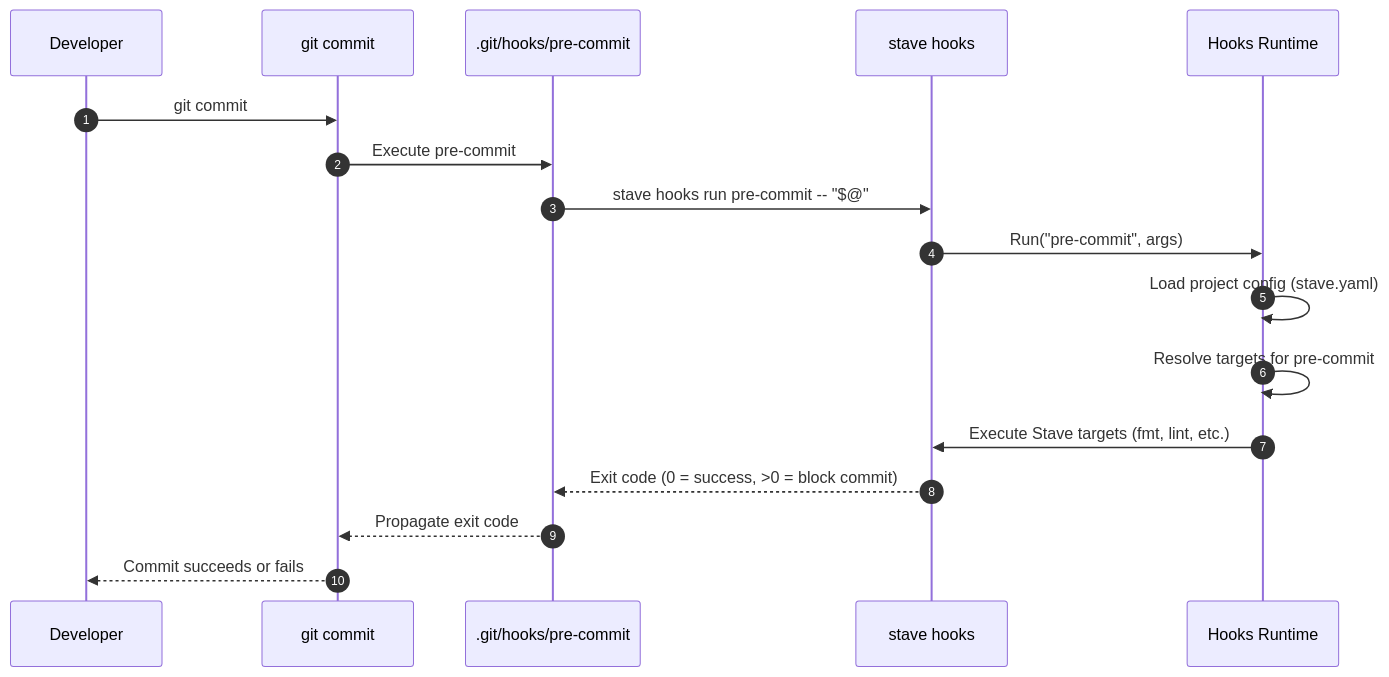
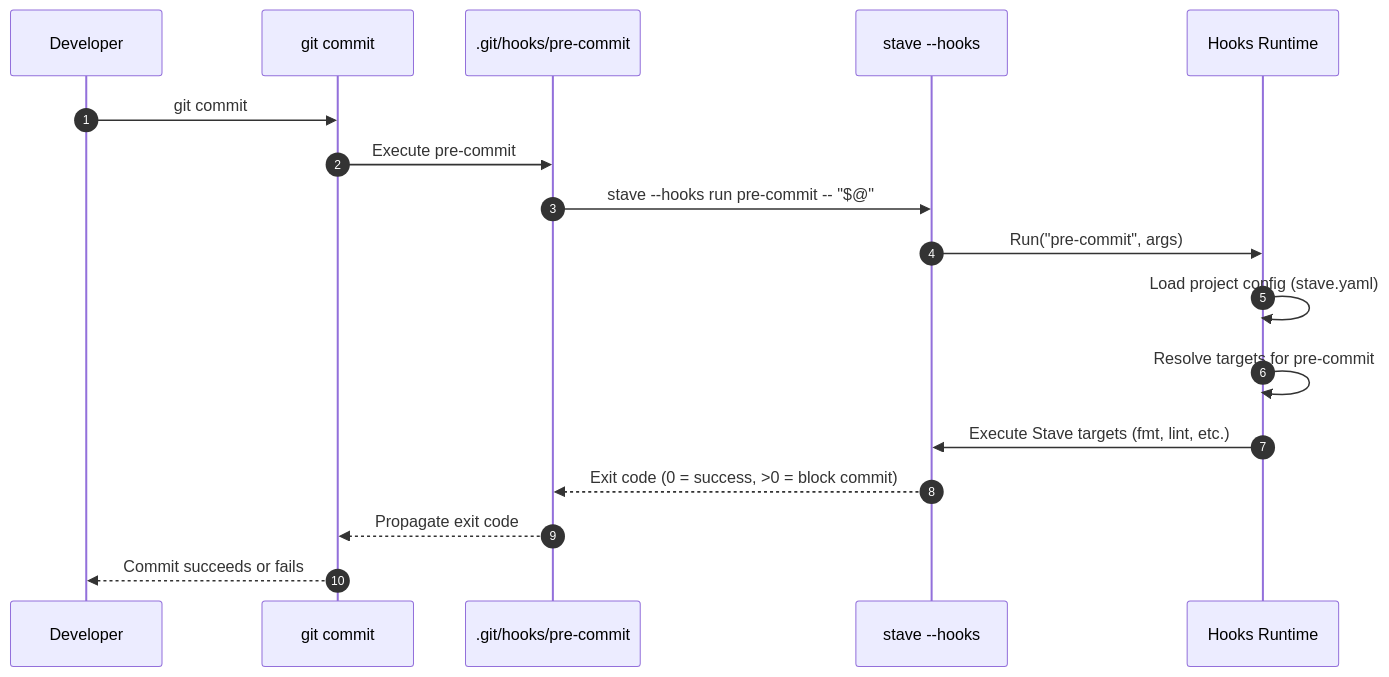
The second of 2 diagrams in rfcs/rfc-20251204-002-git-hooks.md (yaklabco/stave), drawn with Mermaid before and after one commit. The commit also changed other lines of this file and 16 other files, not shown here.

First line of the commit message:
refactor(cli): convert hooks and config commands to flag-based modes

````diff
--- a/rfcs/rfc-20251204-002-git-hooks.md
+++ b/rfcs/rfc-20251204-002-git-hooks.md
@@ -133,20 +133,20 @@
 ```mermaid
 sequenceDiagram
     autonumber
     participant Dev as Developer
     participant Git as git commit
     participant Hook as .git/hooks/pre-commit
-    participant CLI as stave hooks
+    participant CLI as stave --hooks
     participant HR as Hooks Runtime
 
     Dev->>Git: git commit
     Git->>Hook: Execute pre-commit
-    Hook->>CLI: stave hooks run pre-commit -- "$@"
+    Hook->>CLI: stave --hooks run pre-commit -- "$@"
     CLI->>HR: Run("pre-commit", args)
     HR->>HR: Load project config (stave.yaml)
     HR->>HR: Resolve targets for pre-commit
     HR->>CLI: Execute Stave targets (fmt, lint, etc.)
     CLI-->>Hook: Exit code (0 = success, >0 = block commit)
     Hook-->>Git: Propagate exit code
     Git-->>Dev: Commit succeeds or fails
 ```
````
